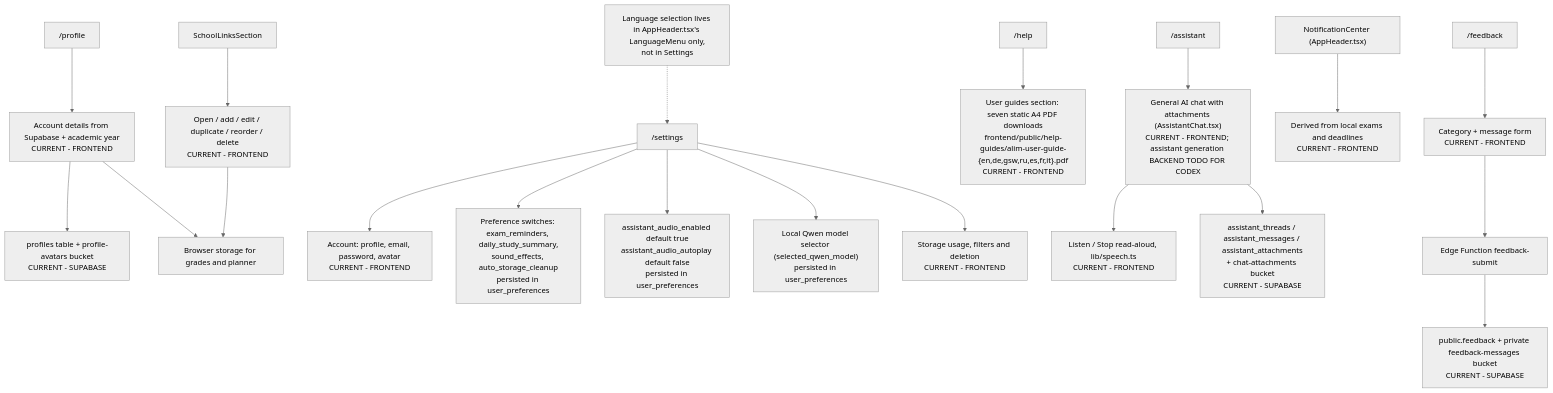
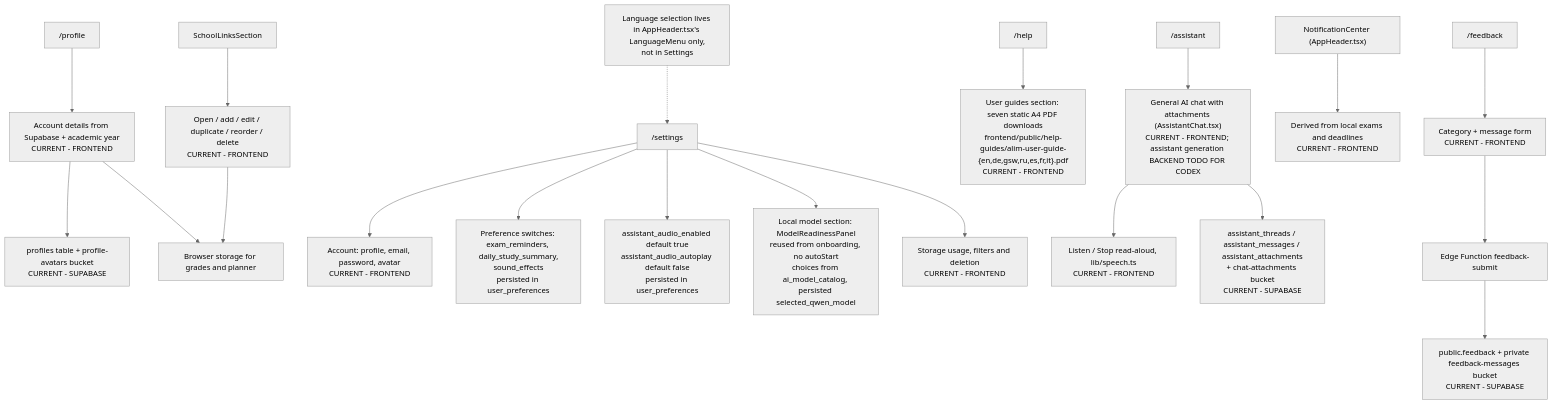
Before and after one commit to keyshavmor/study-swiss-star: the diagram in docs/wireframes/14-supporting-screens.mmd, drawn with Mermaid (neutral theme). The commit also changed 1 other file, not shown here.

```diff
--- a/docs/wireframes/14-supporting-screens.mmd
+++ b/docs/wireframes/14-supporting-screens.mmd
@@ -1,22 +1,22 @@
 %% /profile, /settings, /assistant, /help, /feedback. Corrected: no Contact support CTA,
 %% no demo mode, seven Help PDFs, language selection lives in the header not Settings.
 flowchart TD
   Profile["/profile"] --> ProfileData["Account details from Supabase + academic year<br/>CURRENT - FRONTEND"]
   ProfileData --> Acct["profiles table + profile-avatars bucket<br/>CURRENT - SUPABASE"]
   ProfileData --> Local["Browser storage for grades and planner"]
   Settings["/settings"] --> Account["Account: profile, email, password, avatar<br/>CURRENT - FRONTEND"]
-  Settings --> Toggles["Preference switches: exam_reminders, daily_study_summary,<br/>sound_effects, auto_storage_cleanup<br/>persisted in user_preferences"]
+  Settings --> Toggles["Preference switches: exam_reminders, daily_study_summary,<br/>sound_effects<br/>persisted in user_preferences"]
   Settings --> Audio["assistant_audio_enabled default true<br/>assistant_audio_autoplay default false<br/>persisted in user_preferences"]
-  Settings --> Model["Local Qwen model selector (selected_qwen_model)<br/>persisted in user_preferences"]
+  Settings --> Model["Local model section: ModelReadinessPanel<br/>reused from onboarding, no autoStart<br/>choices from ai_model_catalog, persisted selected_qwen_model"]
   Settings --> Storage["Storage usage, filters and deletion<br/>CURRENT - FRONTEND"]
   NoteLang["Language selection lives in AppHeader.tsx's LanguageMenu only,<br/>not in Settings"] -.-> Settings
   Assistant["/assistant"] --> AssistantData["General AI chat with attachments (AssistantChat.tsx)<br/>CURRENT - FRONTEND; assistant generation BACKEND TODO FOR CODEX"]
   AssistantData --> Speech["Listen / Stop read-aloud, lib/speech.ts<br/>CURRENT - FRONTEND"]
   AssistantData --> AssistantDB["assistant_threads / assistant_messages / assistant_attachments<br/>+ chat-attachments bucket<br/>CURRENT - SUPABASE"]
   Help["/help"] --> Guides["User guides section: seven static A4 PDF downloads<br/>frontend/public/help-guides/alim-user-guide-{en,de,gsw,ru,es,fr,it}.pdf<br/>CURRENT - FRONTEND"]
   Feedback["/feedback"] --> Form["Category + message form<br/>CURRENT - FRONTEND"]
   Form --> FeedbackFn["Edge Function feedback-submit"]
   FeedbackFn --> FeedbackDB["public.feedback + private feedback-messages bucket<br/>CURRENT - SUPABASE"]
   Notifications["NotificationCenter (AppHeader.tsx)"] --> Derived["Derived from local exams and deadlines<br/>CURRENT - FRONTEND"]
   SchoolLinks["SchoolLinksSection"] --> LinkCRUD["Open / add / edit / duplicate / reorder / delete<br/>CURRENT - FRONTEND"]
   LinkCRUD --> Local
```
